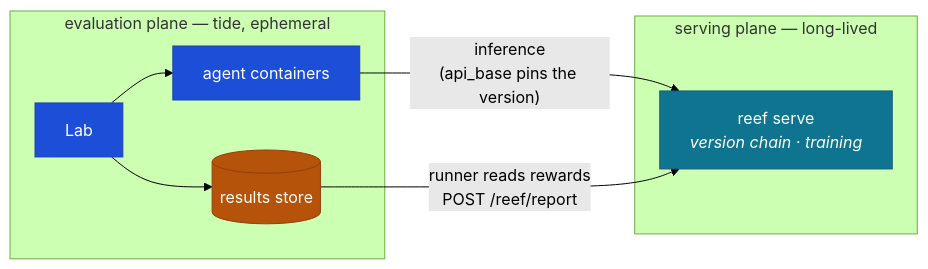
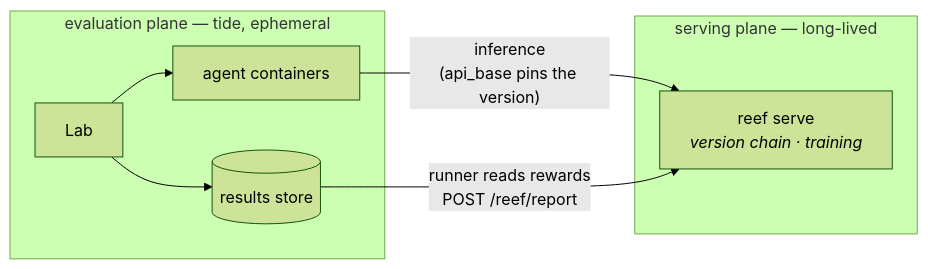
The fifth of 5 diagrams in README.md (Human-Agent-Society/tide-eval), drawn with Mermaid (forest theme) before and after one commit. The commit also changed other lines of this file and 2 other files, not shown here.

First line of the commit message:
Plain diagrams, e2e workflow with oracle gate

````diff
--- a/README.md
+++ b/README.md
@@ -365,19 +343,13 @@
 ```mermaid
 flowchart LR
     subgraph eval[" evaluation plane — tide, ephemeral "]
         L[Lab] --> A[agent containers]
         L --> DB[(results store)]
     end
     subgraph serve[" serving plane — long-lived "]
         R["reef serve<br/><i>version chain · training</i>"]
     end
     A -->|"inference<br/>(api_base pins the version)"| R
     DB -->|"runner reads rewards<br/>POST /reef/report"| R
 
-    classDef ev fill:#1d4ed8,stroke:#1e40af,color:#ffffff
-    classDef sv fill:#0e7490,stroke:#155e75,color:#ffffff
-    classDef data fill:#b45309,stroke:#92400e,color:#ffffff
-    class L,A ev
-    class R sv
-    class DB data
 ```
````
